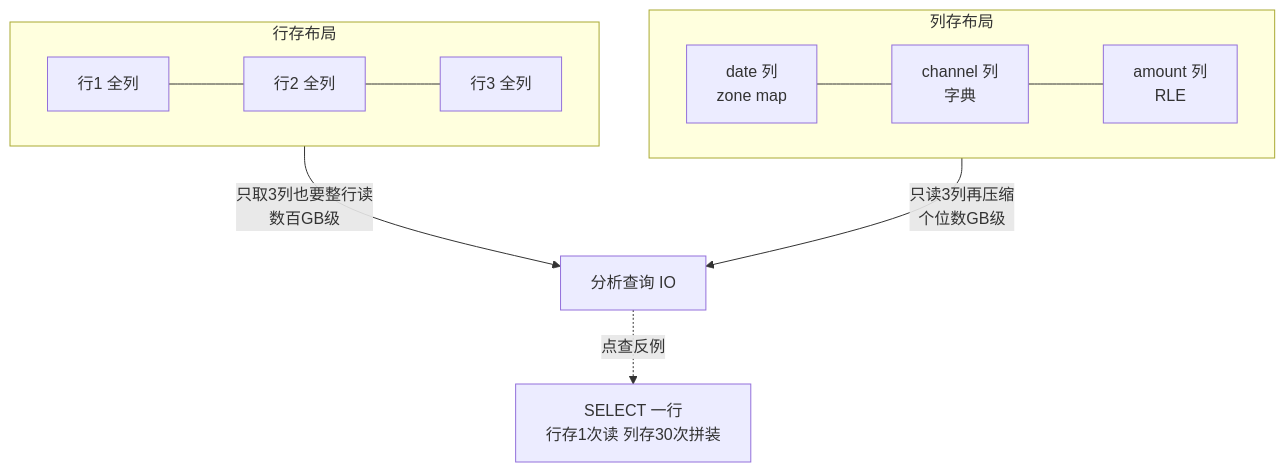
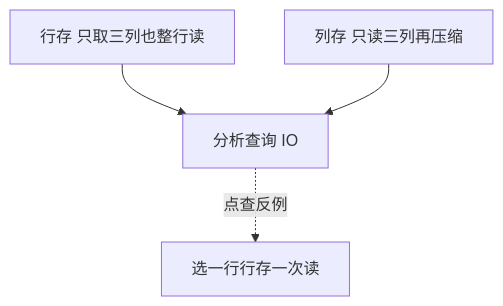
One commit to hub138/technical-knowledge changed the second of 2 diagrams in vault/工程知识/数据系统：在并发与故障中保存事实/查询与索引/列式存储把扫描与压缩交给分析路径.md. Above: the diagram before and after it, drawn with Mermaid. The commit also changed other lines of this file and 622 other files, not shown here.

````diff
--- a/vault/工程知识/数据系统：在并发与故障中保存事实/查询与索引/列式存储把扫描与压缩交给分析路径.md
+++ b/vault/工程知识/数据系统：在并发与故障中保存事实/查询与索引/列式存储把扫描与压缩交给分析路径.md
@@ -71,14 +91,6 @@
 ```mermaid
-flowchart TB
-    subgraph row["行存布局"]
-        direction LR
-        r1["行1 全列"] --- r2["行2 全列"] --- r3["行3 全列"]
-    end
-    subgraph col["列存布局"]
-        direction LR
-        c1["date 列<br/>zone map"] --- c2["channel 列<br/>字典"] --- c3["amount 列<br/>RLE"]
-    end
-    row -->|"只取3列也要整行读<br/>数百GB级"| q1["分析查询 IO"]
-    col -->|"只读3列再压缩<br/>个位数GB级"| q1
-    q1 -.->|"点查反例"| q2["SELECT 一行<br/>行存1次读 列存30次拼装"]
+flowchart TD
+    row["行存 只取三列也整行读"] --> q1["分析查询 IO"]
+    col["列存 只读三列再压缩"] --> q1
+    q1 -.->|"点查反例"| q2["选一行行存一次读"]
 ```
````
